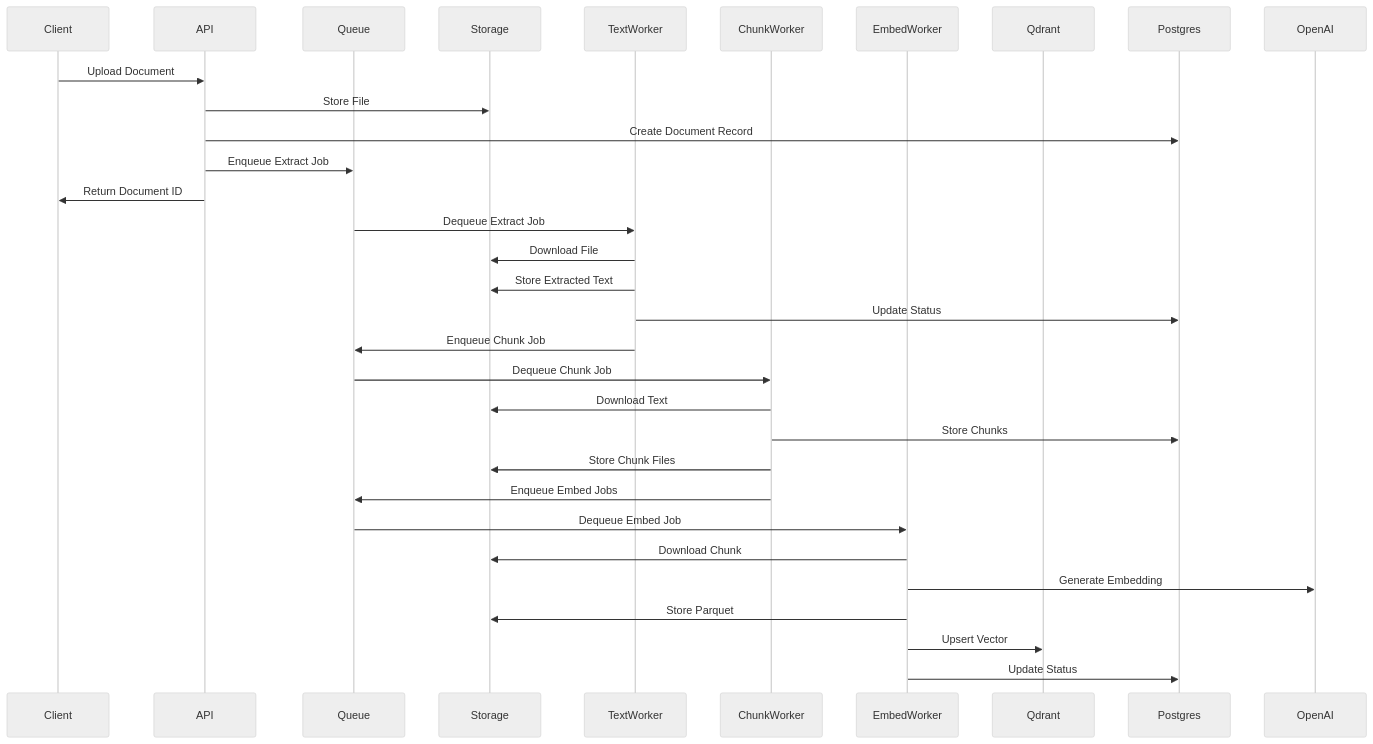
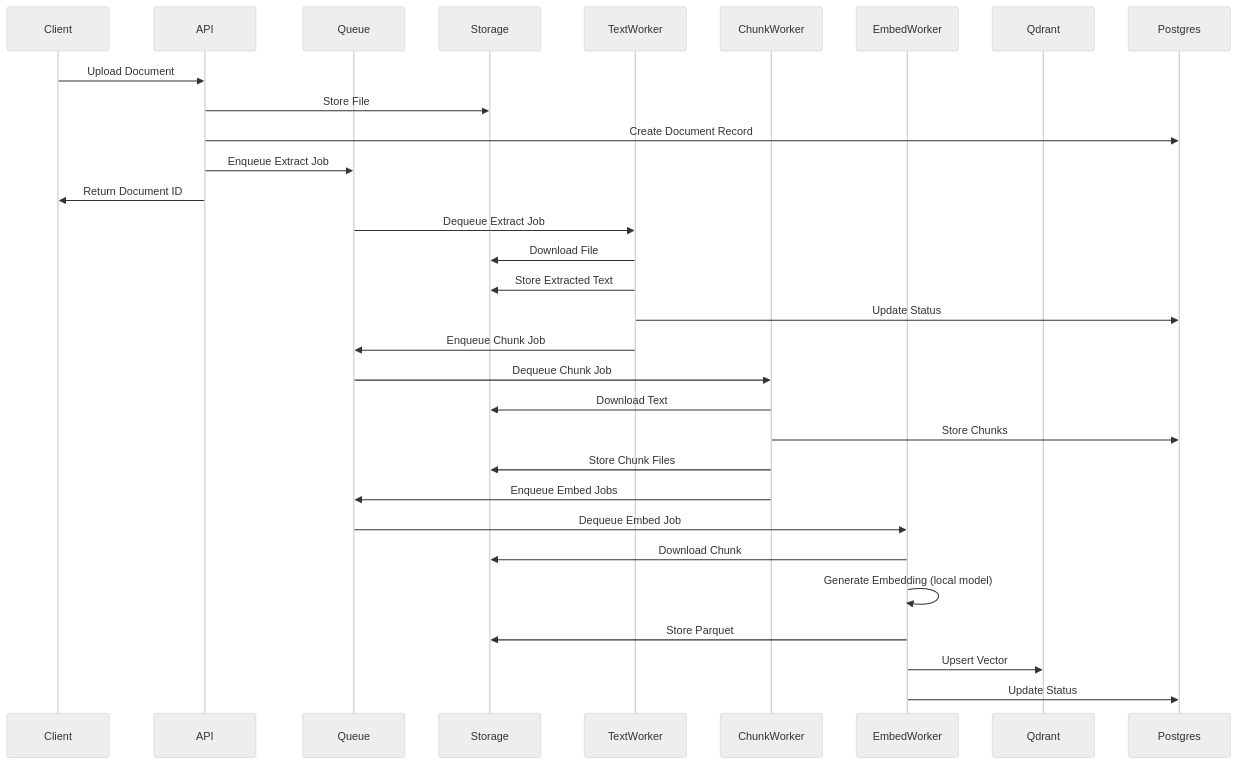
The second of 3 diagrams in diagrams/architecture.md (AksaRose/Scalable-RAG), drawn with Mermaid (neutral theme) before and after one commit. The commit also changed other lines of this file and 20 other files, not shown here.

````diff
--- a/diagrams/architecture.md
+++ b/diagrams/architecture.md
@@ -29,37 +29,37 @@
 ```mermaid
 sequenceDiagram
     participant Client
     participant API
     participant Queue
     participant Storage
     participant TextWorker
     participant ChunkWorker
     participant EmbedWorker
     participant Qdrant
     participant Postgres
 
     Client->>API: Upload Document
     API->>Storage: Store File
     API->>Postgres: Create Document Record
     API->>Queue: Enqueue Extract Job
     API->>Client: Return Document ID
 
     Queue->>TextWorker: Dequeue Extract Job
     TextWorker->>Storage: Download File
     TextWorker->>Storage: Store Extracted Text
     TextWorker->>Postgres: Update Status
     TextWorker->>Queue: Enqueue Chunk Job
 
     Queue->>ChunkWorker: Dequeue Chunk Job
     ChunkWorker->>Storage: Download Text
     ChunkWorker->>Postgres: Store Chunks
     ChunkWorker->>Storage: Store Chunk Files
     ChunkWorker->>Queue: Enqueue Embed Jobs
 
     Queue->>EmbedWorker: Dequeue Embed Job
     EmbedWorker->>Storage: Download Chunk
-    EmbedWorker->>OpenAI: Generate Embedding
+    EmbedWorker->>EmbedWorker: Generate Embedding (local model)
     EmbedWorker->>Storage: Store Parquet
     EmbedWorker->>Qdrant: Upsert Vector
     EmbedWorker->>Postgres: Update Status
 ```
````
